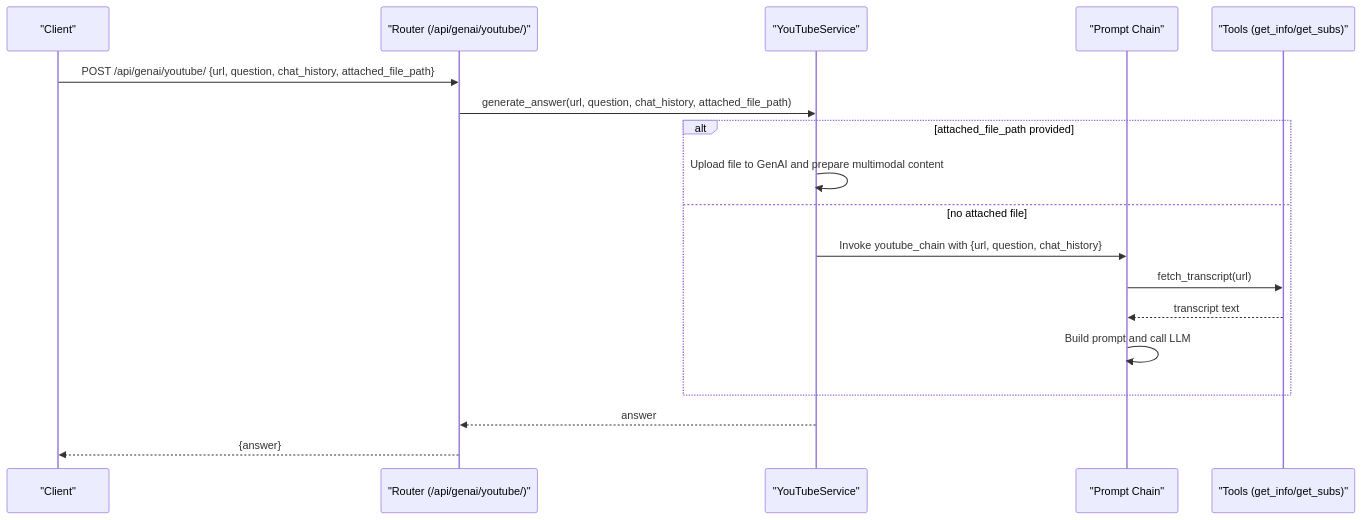
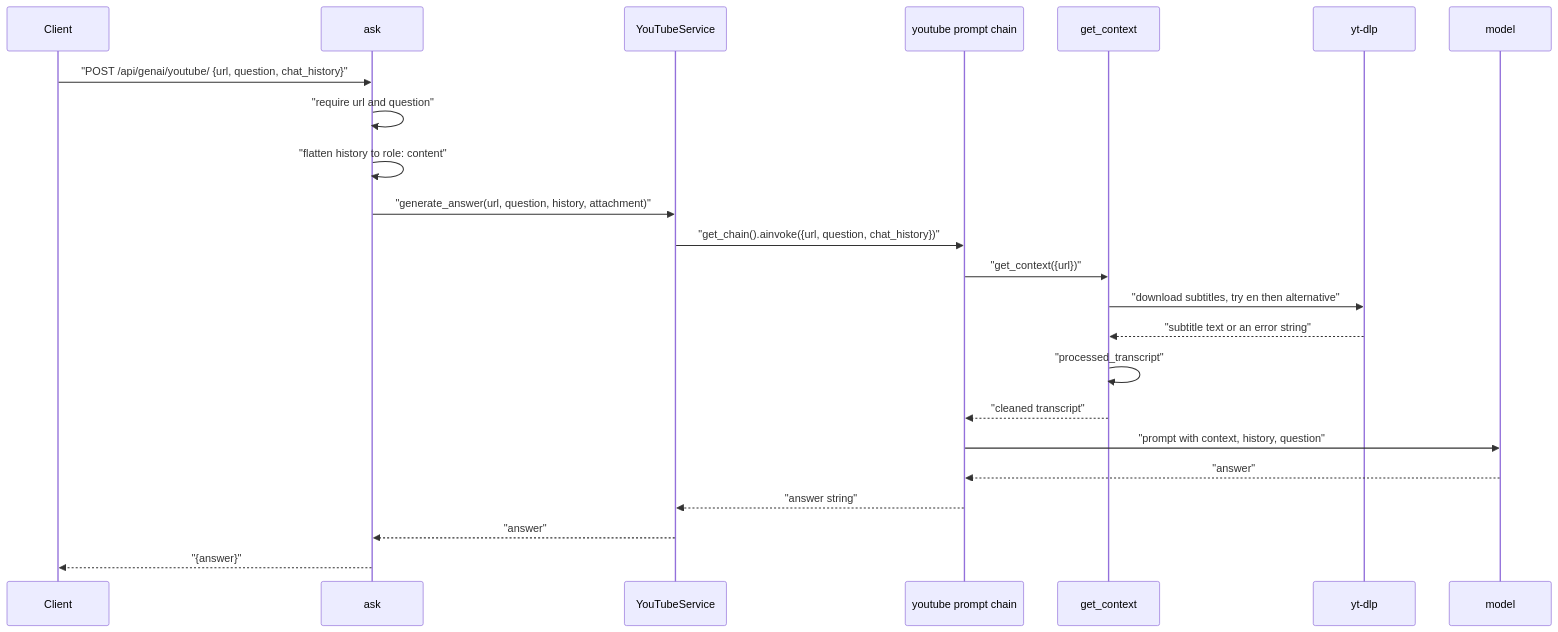
One commit to tashifkhan/tashif.codes changed the second of 5 diagrams in src/data/docs/agentic-browser/API Server/YouTube Integration API.md. Above: the diagram before and after it, drawn with Mermaid. The commit also changed other lines of this file and 114 other files, not shown here.

````diff
--- a/src/data/docs/agentic-browser/API Server/YouTube Integration API.md
+++ b/src/data/docs/agentic-browser/API Server/YouTube Integration API.md
@@ -89,20 +68,25 @@
 ```mermaid
 sequenceDiagram
-participant C as "Client"
-participant R as "Router (/api/genai/youtube/)"
-participant S as "YouTubeService"
-participant P as "Prompt Chain"
-participant T as "Tools (get_info/get_subs)"
-C->>R : POST /api/genai/youtube/ {url, question, chat_history, attached_file_path}
-R->>S : generate_answer(url, question, chat_history, attached_file_path)
-alt attached_file_path provided
-S->>S : Upload file to GenAI and prepare multimodal content
-else no attached file
-S->>P : Invoke youtube_chain with {url, question, chat_history}
-P->>T : fetch_transcript(url)
-T-->>P : transcript text
-P->>P : Build prompt and call LLM
-end
-S-->>R : answer
-R-->>C : {answer}
+  participant C as Client
+  participant R as ask
+  participant S as YouTubeService
+  participant P as youtube prompt chain
+  participant T as get_context
+  participant Y as yt-dlp
+  participant M as model
+  C->>R: "POST /api/genai/youtube/ {url, question, chat_history}"
+  R->>R: "require url and question"
+  R->>R: "flatten history to role: content"
+  R->>S: "generate_answer(url, question, history, attachment)"
+  S->>P: "get_chain().ainvoke({url, question, chat_history})"
+  P->>T: "get_context({url})"
+  T->>Y: "download subtitles, try en then alternative"
+  Y-->>T: "subtitle text or an error string"
+  T->>T: "processed_transcript"
+  T-->>P: "cleaned transcript"
+  P->>M: "prompt with context, history, question"
+  M-->>P: "answer"
+  P-->>S: "answer string"
+  S-->>R: "answer"
+  R-->>C: "{answer}"
 ```
````
